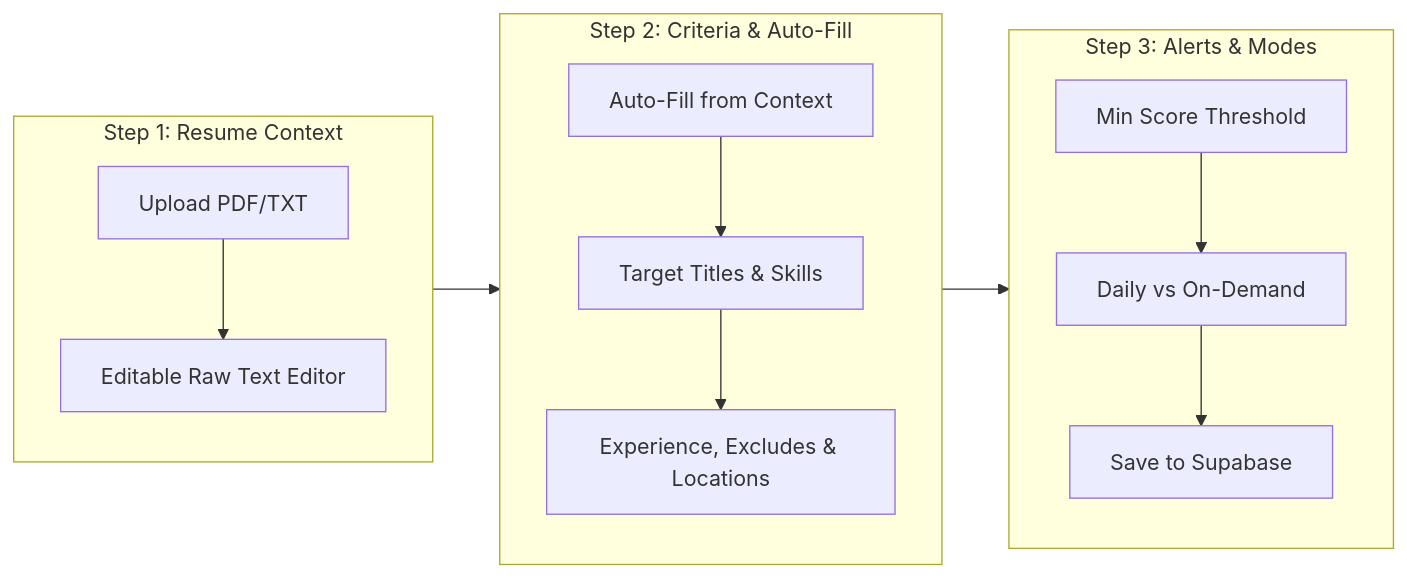
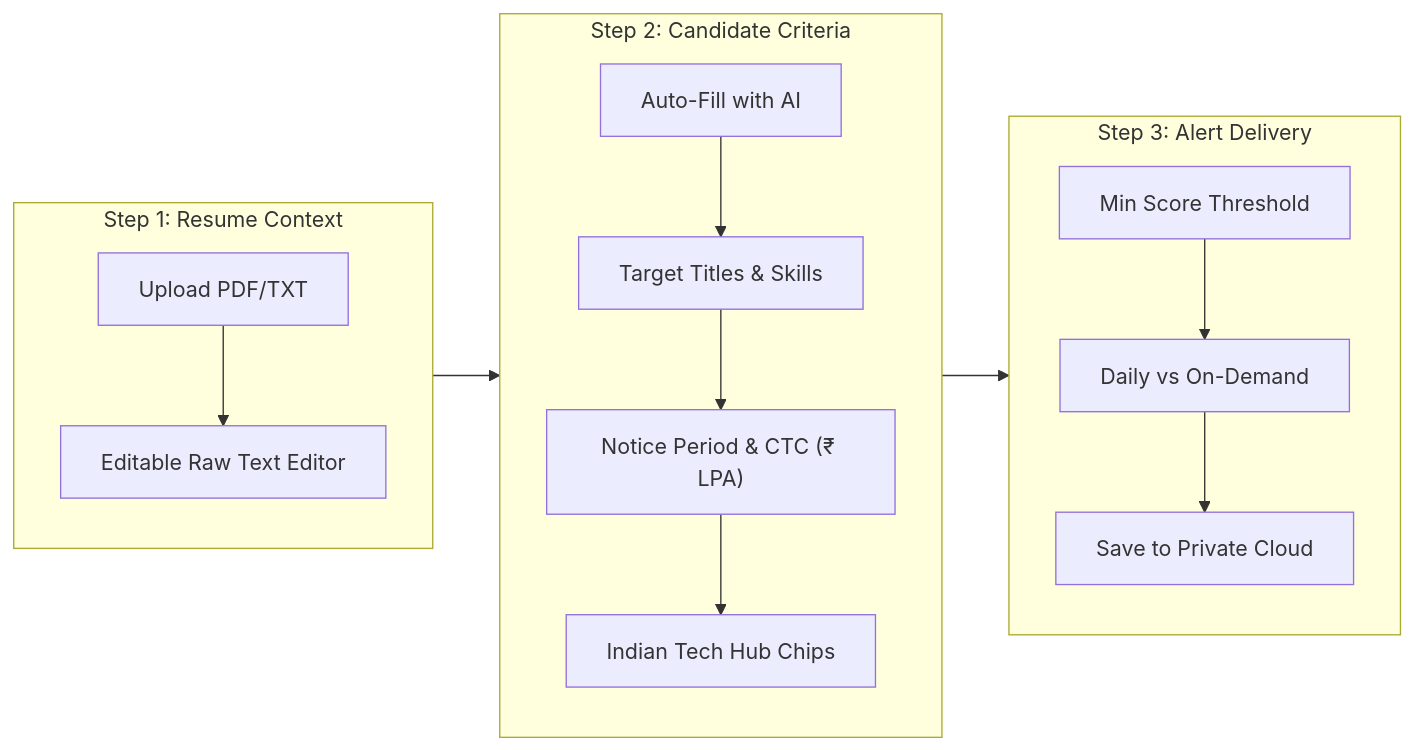
Before and after one commit to tanish-jain-225/job-hunter: the third of 3 diagrams in docs/GUIDE.md, drawn with Mermaid. The commit also changed other lines of this file and 29 other files, not shown here.

````diff
--- a/docs/GUIDE.md
+++ b/docs/GUIDE.md
@@ -98,15 +133,16 @@
 ```mermaid
 flowchart LR
     subgraph S1["Step 1: Resume Context"]
         A["Upload PDF/TXT"] --> B["Editable Raw Text Editor"]
     end
-    subgraph S2["Step 2: Criteria & Auto-Fill"]
-        C["Auto-Fill from Context"] --> D["Target Titles & Skills"]
-        D --> E["Experience, Excludes & Locations"]
+    subgraph S2["Step 2: Candidate Criteria"]
+        C["Auto-Fill with AI"] --> D["Target Titles & Skills"]
+        D --> E["Notice Period & CTC (₹ LPA)"]
+        E --> F["Indian Tech Hub Chips"]
     end
-    subgraph S3["Step 3: Alerts & Modes"]
-        F["Min Score Threshold"] --> G["Daily vs On-Demand"]
-        G --> H["Save to Supabase"]
+    subgraph S3["Step 3: Alert Delivery"]
+        G["Min Score Threshold"] --> H["Daily vs On-Demand"]
+        H --> I["Save to Private Cloud"]
     end
     S1 --> S2 --> S3
 ```
````
